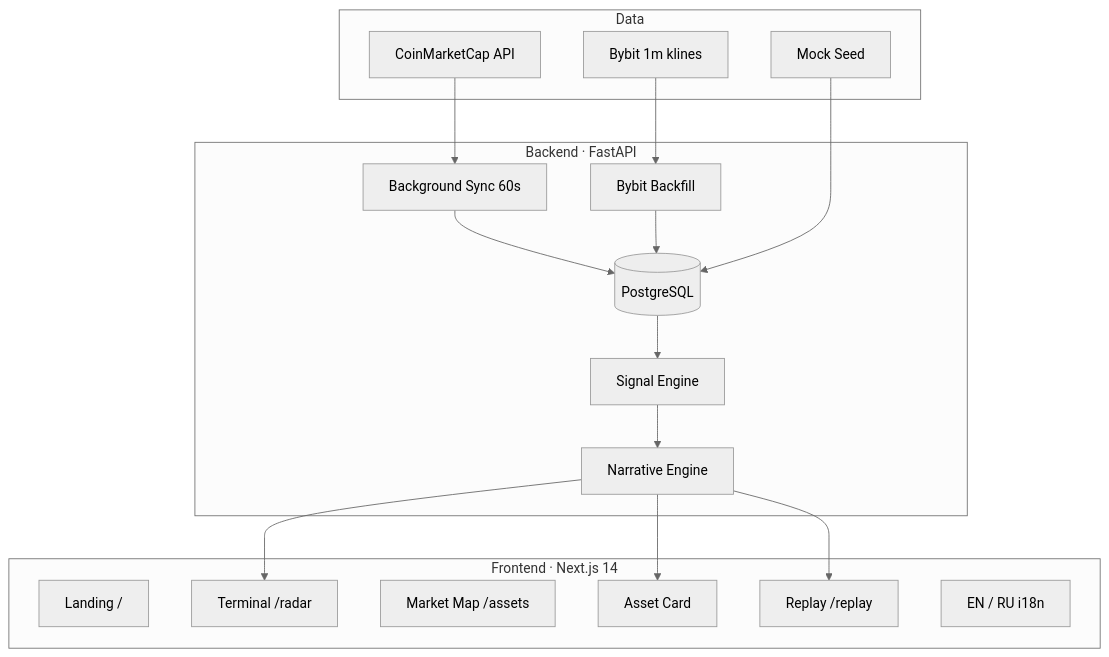
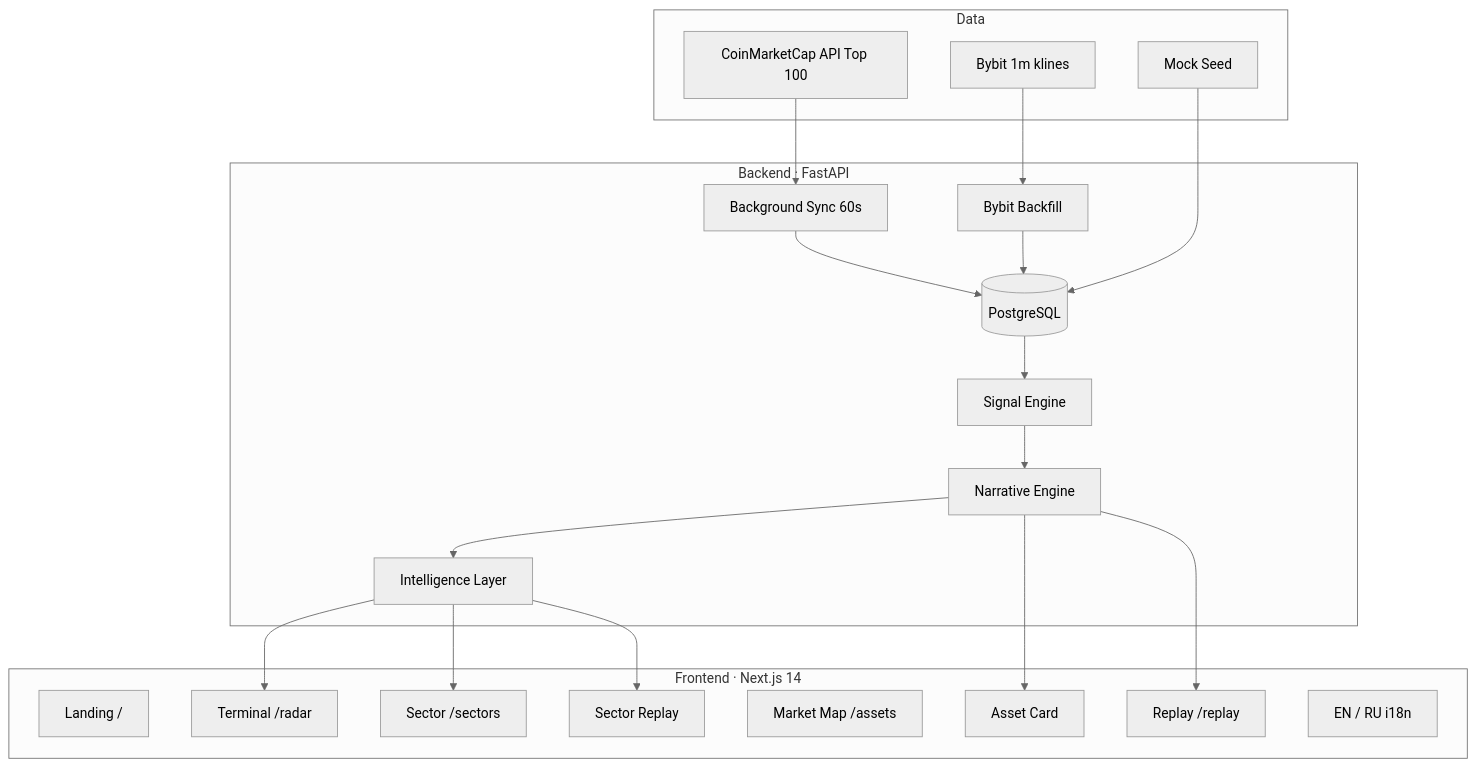
The diagram in README.md (heavyRainn/ragnaR), drawn with Mermaid (neutral theme) before and after one commit. The commit also changed other lines of this file and 44 other files, not shown here.

````diff
--- a/README.md
+++ b/README.md
@@ -142,36 +167,42 @@
 ```mermaid
 flowchart TB
     subgraph Data
-        CMC[CoinMarketCap API]
+        CMC[CoinMarketCap API Top 100]
         Bybit[Bybit 1m klines]
         Mock[Mock Seed]
     end
 
     subgraph Backend["Backend · FastAPI"]
         Sync[Background Sync 60s]
         Backfill[Bybit Backfill]
         DB[(PostgreSQL)]
         SE[Signal Engine]
         NE[Narrative Engine]
+        IL[Intelligence Layer]
         Sync --> DB
         Backfill --> DB
         DB --> SE
         SE --> NE
+        NE --> IL
     end
 
     subgraph Frontend["Frontend · Next.js 14"]
         Landing[Landing /]
         Radar[Terminal /radar]
+        Sectors[Sector /sectors]
+        SectorReplay[Sector Replay]
         Map[Market Map /assets]
         Asset[Asset Card]
         Replay[Replay /replay]
         I18n[EN / RU i18n]
     end
 
     CMC --> Sync
     Bybit --> Backfill
     Mock --> DB
-    NE --> Radar
+    IL --> Radar
+    IL --> Sectors
+    IL --> SectorReplay
     NE --> Asset
     NE --> Replay
 ```
````
